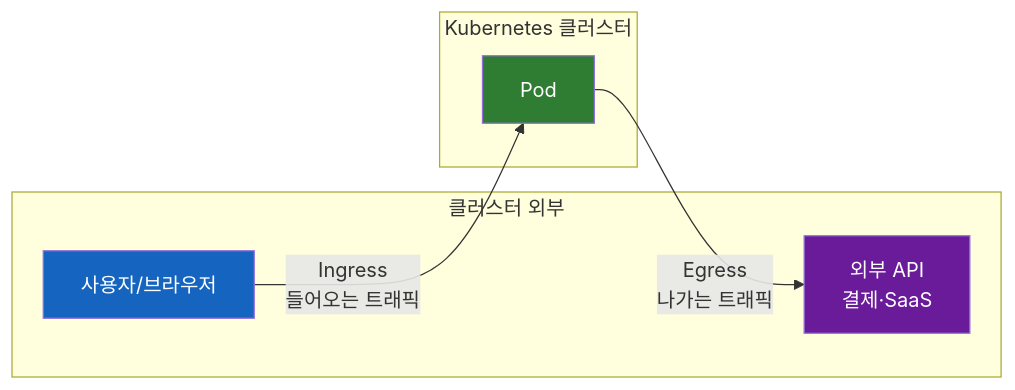
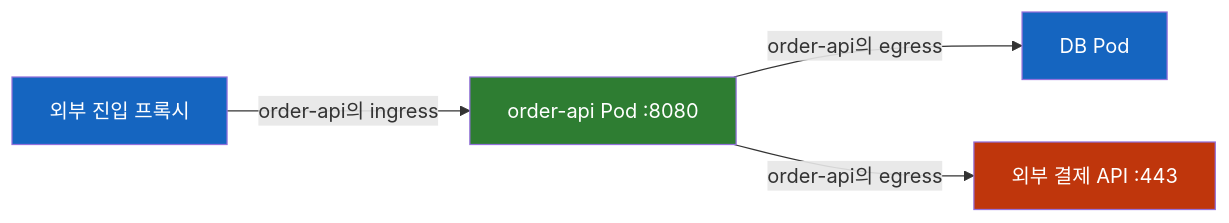
One commit to sskim91/TIL changed the first of 2 diagrams in kubernetes/Kubernetes-Ingress-vs-Egress.md. Above: the diagram before and after it, drawn with Mermaid. The commit also changed other lines of this file and 39 other files, not shown here.

````diff
--- a/kubernetes/Kubernetes-Ingress-vs-Egress.md
+++ b/kubernetes/Kubernetes-Ingress-vs-Egress.md
@@ -21,16 +17,10 @@
 ```mermaid
 flowchart LR
-    subgraph outside[클러스터 외부]
-        user[사용자/브라우저]
-        ext[외부 API<br>결제·SaaS]
-    end
-    subgraph cluster[Kubernetes 클러스터]
-        pod[Pod]
-    end
-    user -->|Ingress<br>들어오는 트래픽| pod
-    pod -->|Egress<br>나가는 트래픽| ext
-
-    style user fill:#1565C0,color:#fff
-    style ext fill:#6A1B9A,color:#fff
-    style pod fill:#2E7D32,color:#fff
+    G["외부 진입 프록시"] -->|order-api의 ingress| O["order-api Pod :8080"]
+    O -->|order-api의 egress| DB["DB Pod"]
+    O -->|order-api의 egress| E["외부 결제 API :443"]
+    style G fill:#1565C0,color:#fff
+    style O fill:#2E7D32,color:#fff
+    style DB fill:#1565C0,color:#fff
+    style E fill:#BF360C,color:#fff
 ```
````
